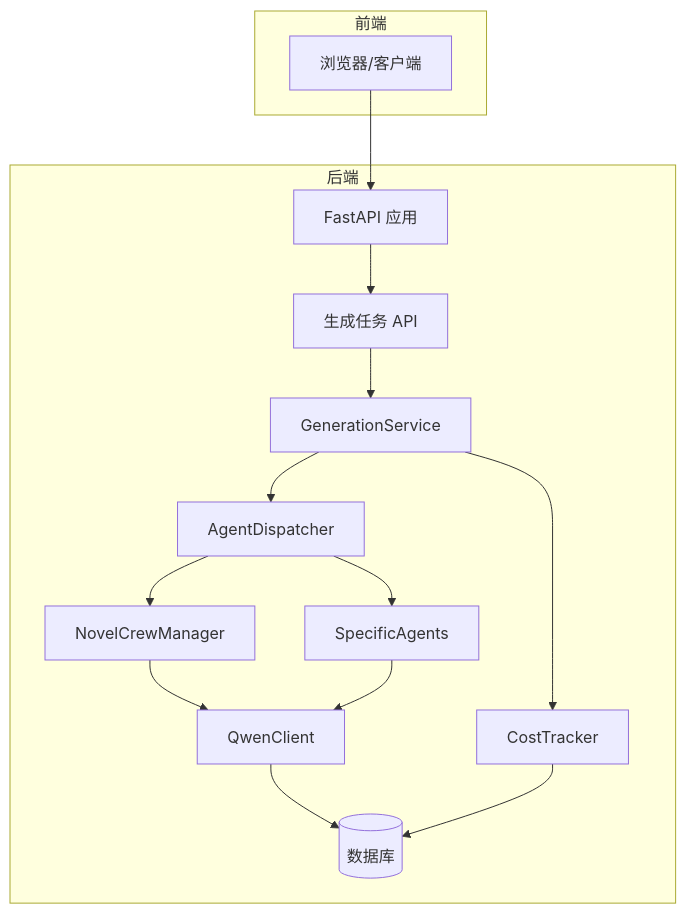
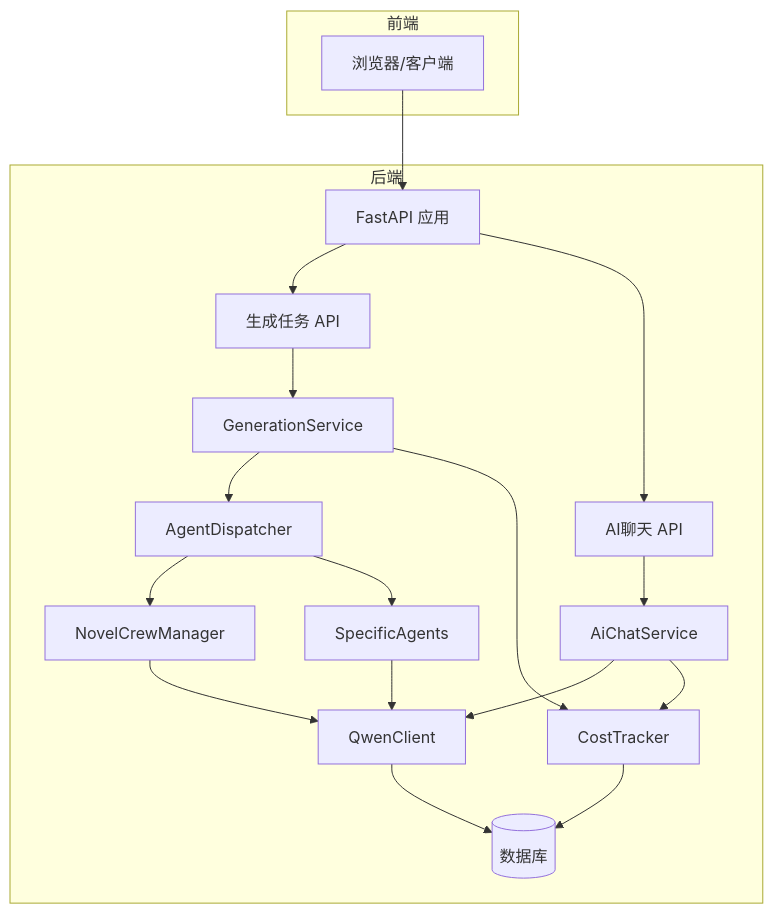
The first of 8 diagrams in .qoder/repowiki/zh/content/LLM集成架构/LLM集成架构.md (xfbyxq/ai-novel-system), drawn with Mermaid before and after one commit. The commit also changed other lines of this file and 23 other files, not shown here.

````diff
--- a/.qoder/repowiki/zh/content/LLM集成架构/LLM集成架构.md
+++ b/.qoder/repowiki/zh/content/LLM集成架构/LLM集成架构.md
@@ -48,28 +56,34 @@
 ```mermaid
 graph TB
 subgraph "前端"
 FE["浏览器/客户端"]
 end
 subgraph "后端"
 API["FastAPI 应用"]
 GEN_API["生成任务 API"]
+CHAT_API["AI聊天 API"]
 SVC["GenerationService"]
+CHAT_SVC["AiChatService"]
 DISP["AgentDispatcher"]
 CREW["NovelCrewManager"]
 AGENTS["SpecificAgents"]
 QWEN["QwenClient"]
 COST["CostTracker"]
 DB[("数据库")]
 end
 FE --> API
 API --> GEN_API
+API --> CHAT_API
+CHAT_API --> CHAT_SVC
 GEN_API --> SVC
 SVC --> DISP
 DISP --> CREW
 DISP --> AGENTS
 CREW --> QWEN
 AGENTS --> QWEN
+CHAT_SVC --> QWEN
 QWEN --> DB
 SVC --> COST
+CHAT_SVC --> COST
 COST --> DB
 ```
````
